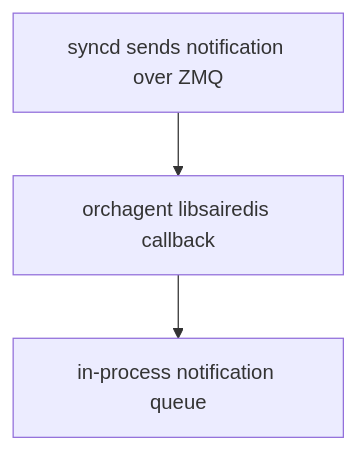
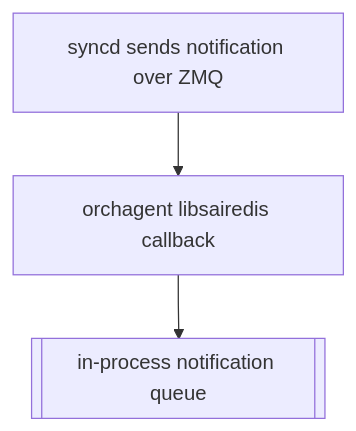
One commit to sonic-net/sonic-buildimage changed diagram 11 of 11 in hld/zmq-southbound-sai-notification-handling.md. Above: the diagram before and after it, drawn with Mermaid. The commit also changed other lines of this file, not shown here.

First line of the commit message:
Update ZMQ southbound SAI notification HLD diagrams

````diff
--- a/hld/zmq-southbound-sai-notification-handling.md
+++ b/hld/zmq-southbound-sai-notification-handling.md
@@ -646,9 +743,9 @@
 ```mermaid
 flowchart TD
     zmqNotification["syncd sends notification over ZMQ"]
     libsairedisCallback["orchagent libsairedis callback"]
-    notificationQueue["in-process notification queue"]
+    notificationQueue[["in-process notification queue"]]
 
     zmqNotification --> libsairedisCallback
     libsairedisCallback --> notificationQueue
 ```
````
